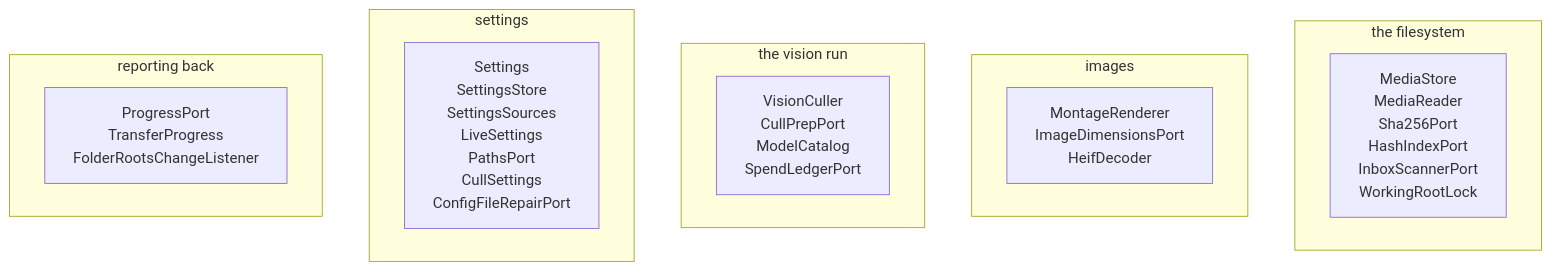
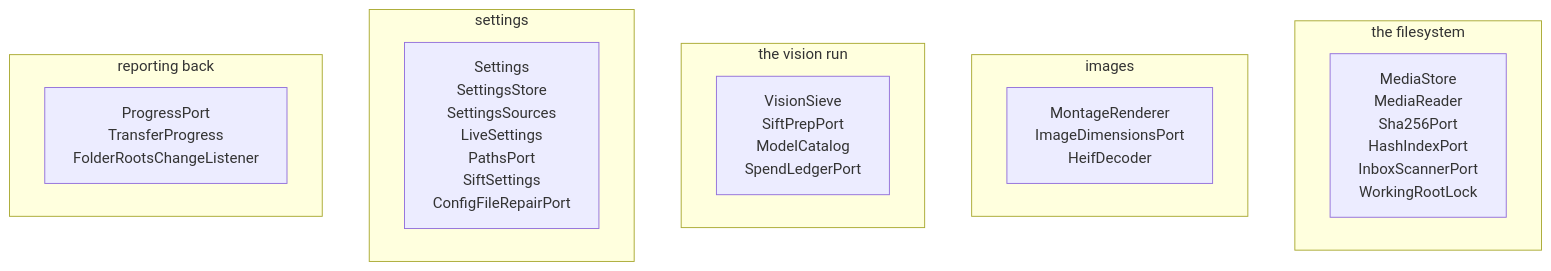
Before and after one commit to AdrianNachev91/sluice: the fifth of 14 diagrams in app/docs/design/architecture.md, drawn with Mermaid. The commit also changed other lines of this file and 379 other files, not shown here.

First line of the commit message:
refactor(sift): cull becomes sift, and the vision port becomes a sieve

````diff
--- a/app/docs/design/architecture.md
+++ b/app/docs/design/architecture.md
@@ -235,22 +238,22 @@
 ```mermaid
 flowchart TB
     subgraph files[" the filesystem "]
         F["MediaStore<br/>MediaReader<br/>Sha256Port<br/>HashIndexPort<br/>InboxScannerPort<br/>WorkingRootLock"]
     end
 
     subgraph pictures[" images "]
         P["MontageRenderer<br/>ImageDimensionsPort<br/>HeifDecoder"]
     end
 
     subgraph vision[" the vision run "]
-        V["VisionCuller<br/>CullPrepPort<br/>ModelCatalog<br/>SpendLedgerPort"]
+        V["VisionSieve<br/>SiftPrepPort<br/>ModelCatalog<br/>SpendLedgerPort"]
     end
 
     subgraph conf[" settings "]
-        C["Settings<br/>SettingsStore<br/>SettingsSources<br/>LiveSettings<br/>PathsPort<br/>CullSettings<br/>ConfigFileRepairPort"]
+        C["Settings<br/>SettingsStore<br/>SettingsSources<br/>LiveSettings<br/>PathsPort<br/>SiftSettings<br/>ConfigFileRepairPort"]
     end
 
     subgraph telling[" reporting back "]
         T["ProgressPort<br/>TransferProgress<br/>FolderRootsChangeListener"]
     end
 ```
````
